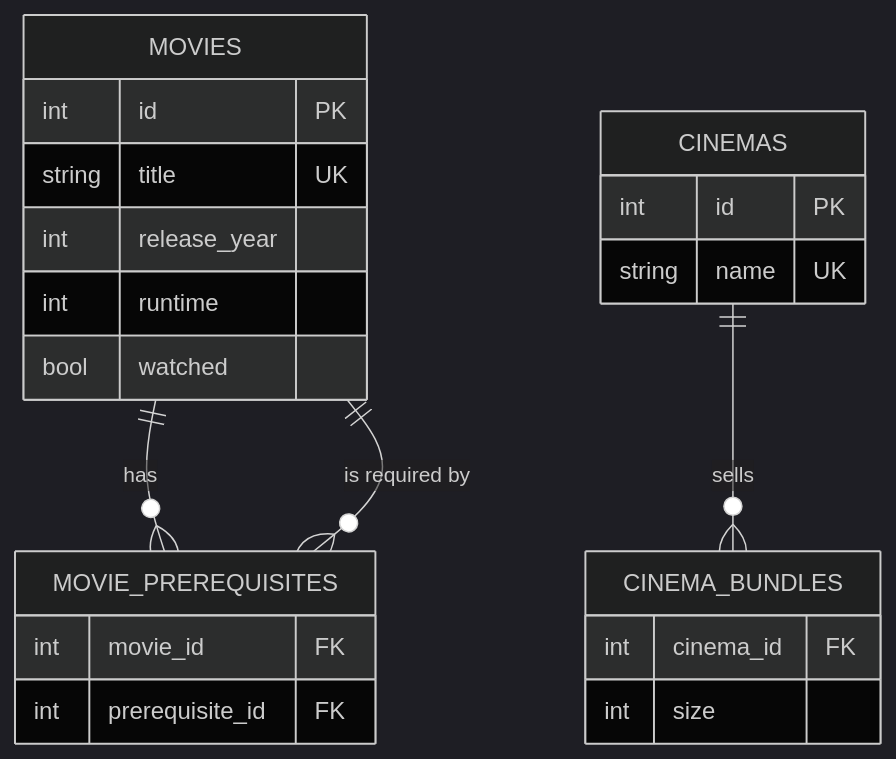
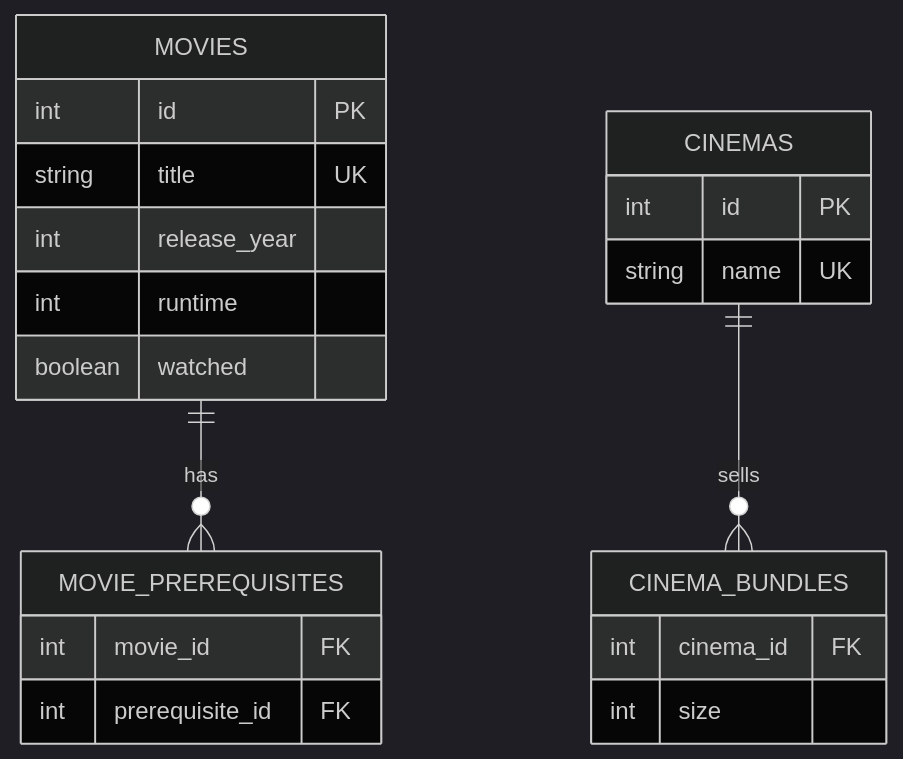
The diagram in README.md (Jobedanew/doomsday-ready), drawn with Mermaid (dark theme) before and after one commit.

Commit message:
Fix Mermaid diagram

````diff
--- a/README.md
+++ b/README.md
@@ -80,25 +80,25 @@
 ```mermaid
 erDiagram
-    MOVIES ||--o{ MOVIE_PREREQUISITES : "has"
-    MOVIES ||--o{ MOVIE_PREREQUISITES : "is required by"
-    CINEMAS ||--o{ CINEMA_BUNDLES : "sells"
+    MOVIES ||--o{ MOVIE_PREREQUISITES : has
+    CINEMAS ||--o{ CINEMA_BUNDLES : sells
+
     MOVIES {
         int id PK
         string title UK
         int release_year
         int runtime
-        bool watched
+        boolean watched
     }
     MOVIE_PREREQUISITES {
         int movie_id FK
         int prerequisite_id FK
     }
     CINEMAS {
         int id PK
         string name UK
     }
     CINEMA_BUNDLES {
         int cinema_id FK
         int size
     }
 ```
````
